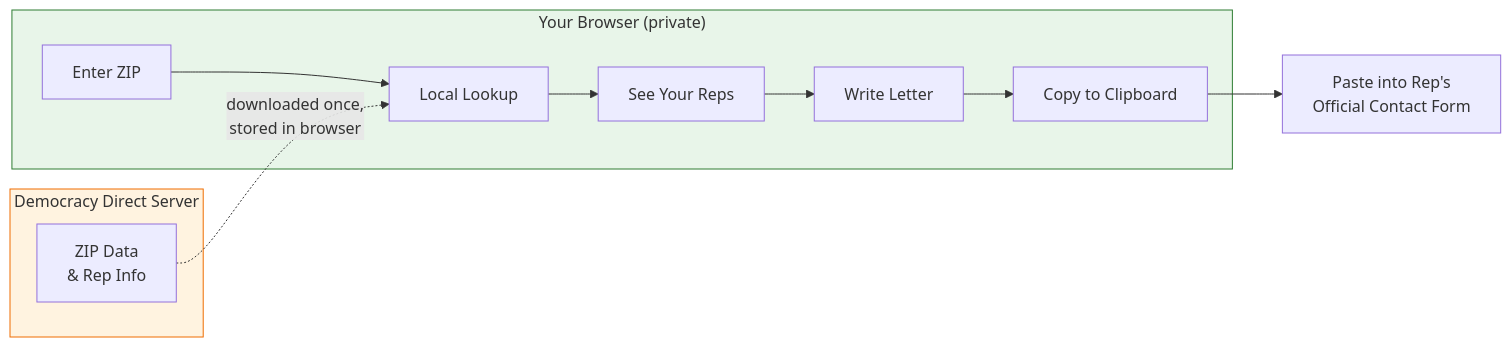
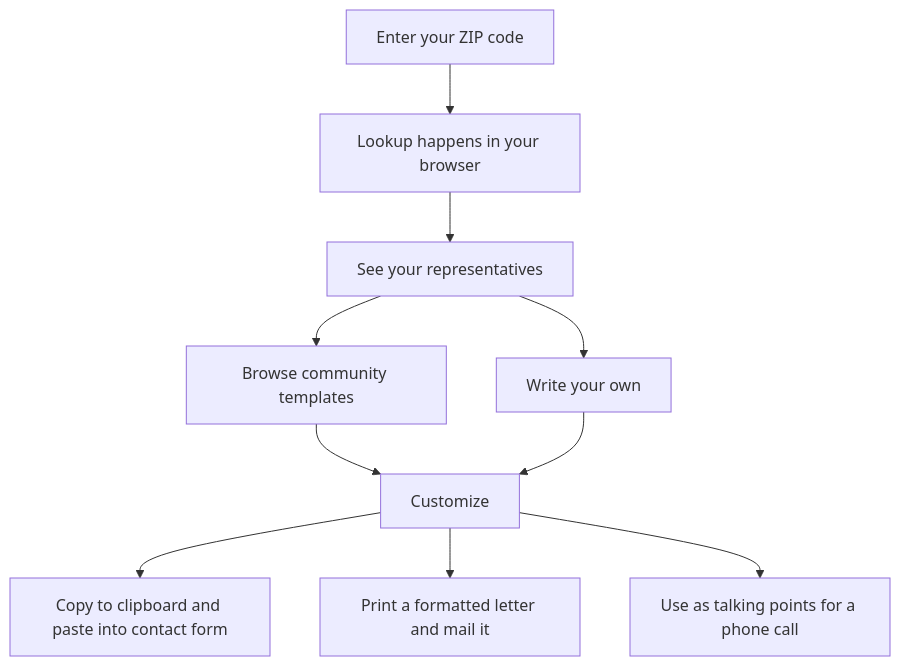
The diagram in README.md (anomalousventures/democracy-direct), drawn with Mermaid before and after one commit. The commit also changed other lines of this file, not shown here.

````diff
--- a/README.md
+++ b/README.md
@@ -29,20 +31,12 @@
 ```mermaid
-flowchart LR
-    subgraph browser ["Your Browser (private)"]
-        A[Enter ZIP] --> B[Local Lookup]
-        B --> C[See Your Reps]
-        C --> D[Write Letter]
-        D --> E[Copy to Clipboard]
-    end
-    
-    E --> F[Paste into Rep's\nOfficial Contact Form]
-    
-    subgraph server ["Democracy Direct Server"]
-        G[ZIP Data\n& Rep Info]
-    end
-    
-    G -.->|"downloaded once,\nstored in browser"| B
-    
-    style browser fill:#e8f5e9,stroke:#2e7d32
-    style server fill:#fff3e0,stroke:#ef6c00
+flowchart TD
+    A[Enter your ZIP code] --> B[Lookup happens in your browser]
+    B --> C[See your representatives]
+    C --> D[Browse community templates]
+    C --> E[Write your own]
+    D --> F[Customize]
+    E --> F
+    F --> G[Copy to clipboard and paste into contact form]
+    F --> H[Print a formatted letter and mail it]
+    F --> I[Use as talking points for a phone call]
 ```
````
